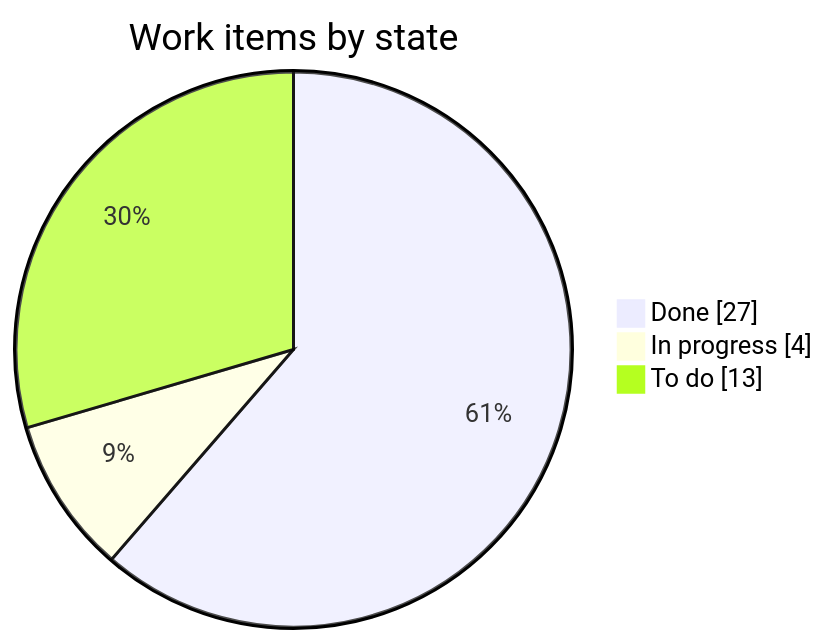
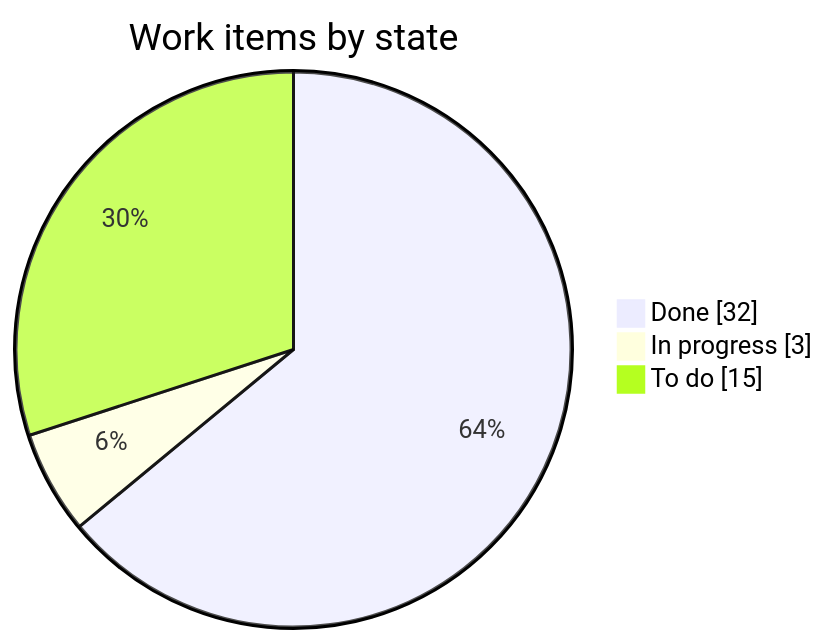
The first of 2 diagrams in STATUS.md (LoMagnette/ghost-light), drawn with Mermaid before and after one commit. The commit also changed other lines of this file, not shown here.

````diff
--- a/STATUS.md
+++ b/STATUS.md
@@ -31,7 +31,7 @@
 ```mermaid
 pie showData
     title Work items by state
-    "Done" : 27
-    "In progress" : 4
-    "To do" : 13
+    "Done" : 32
+    "In progress" : 3
+    "To do" : 15
 ```
````
